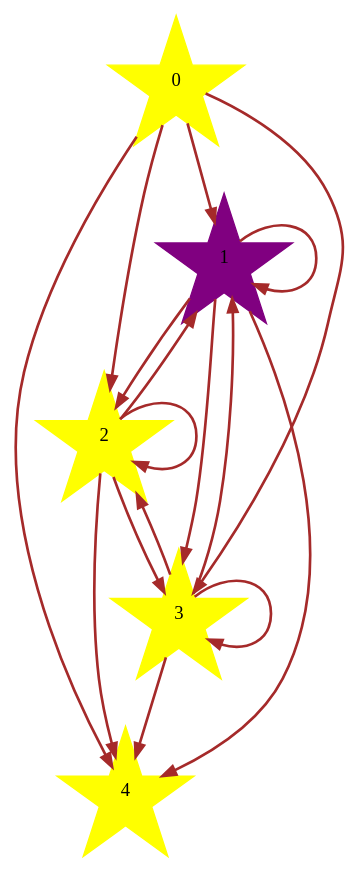
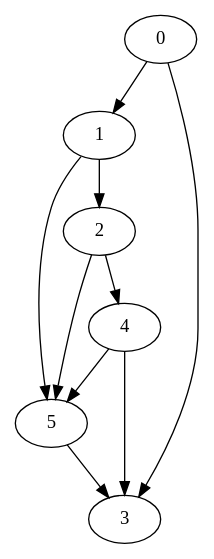
The diagram in g3.gv (GabeJerome/Graphs), drawn with Graphviz before and after one commit. The commit also changed 12 other files, not shown here.

```diff
--- a/g3.gv
+++ b/g3.gv
@@ -1,6 +1,11 @@
-digraph G {
-	node[style=filled, shape=star, color=yellow]
-	edge[style=bold, color=brown]
-	1 [color=purple]
-	{0,1,2,3} -> {3,2,1,4}
+digraph g{
+	0 -> 1
+	0 -> 3
+	1 -> 2
+	1 -> 5
+	2 -> 4
+	2 -> 5
+	4 -> 3
+	4 -> 5
+	5 -> 3
 }
```
